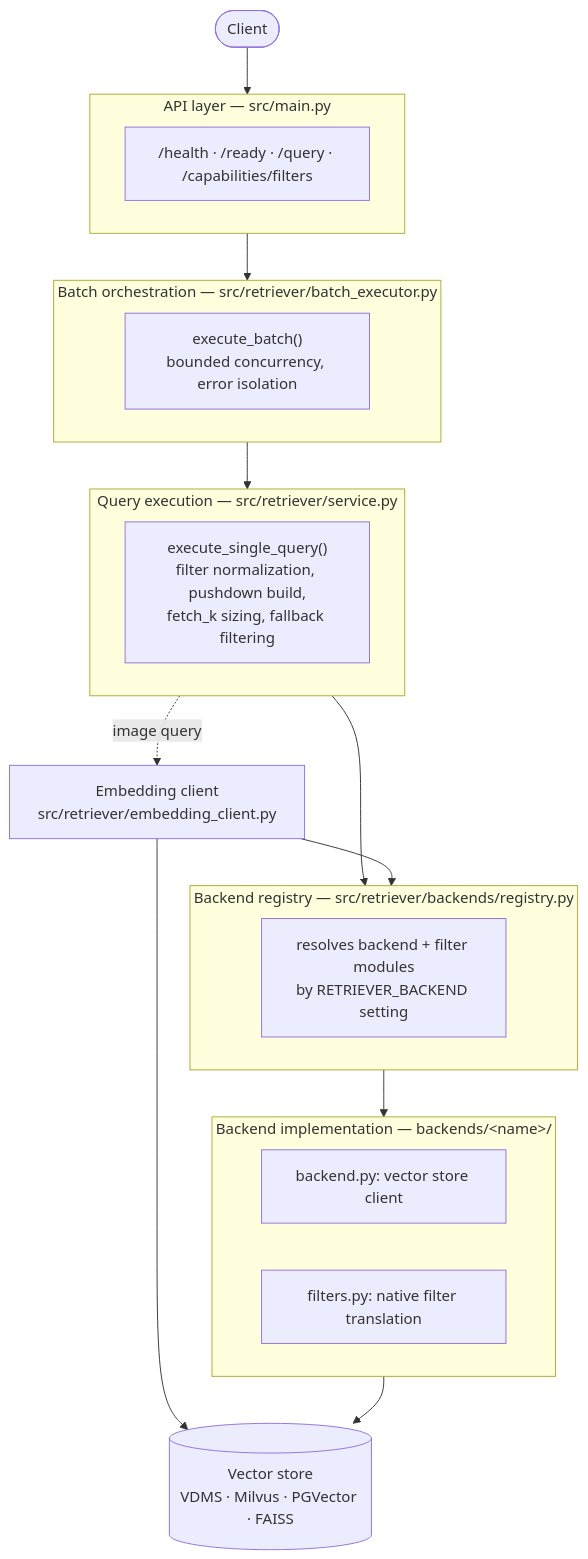
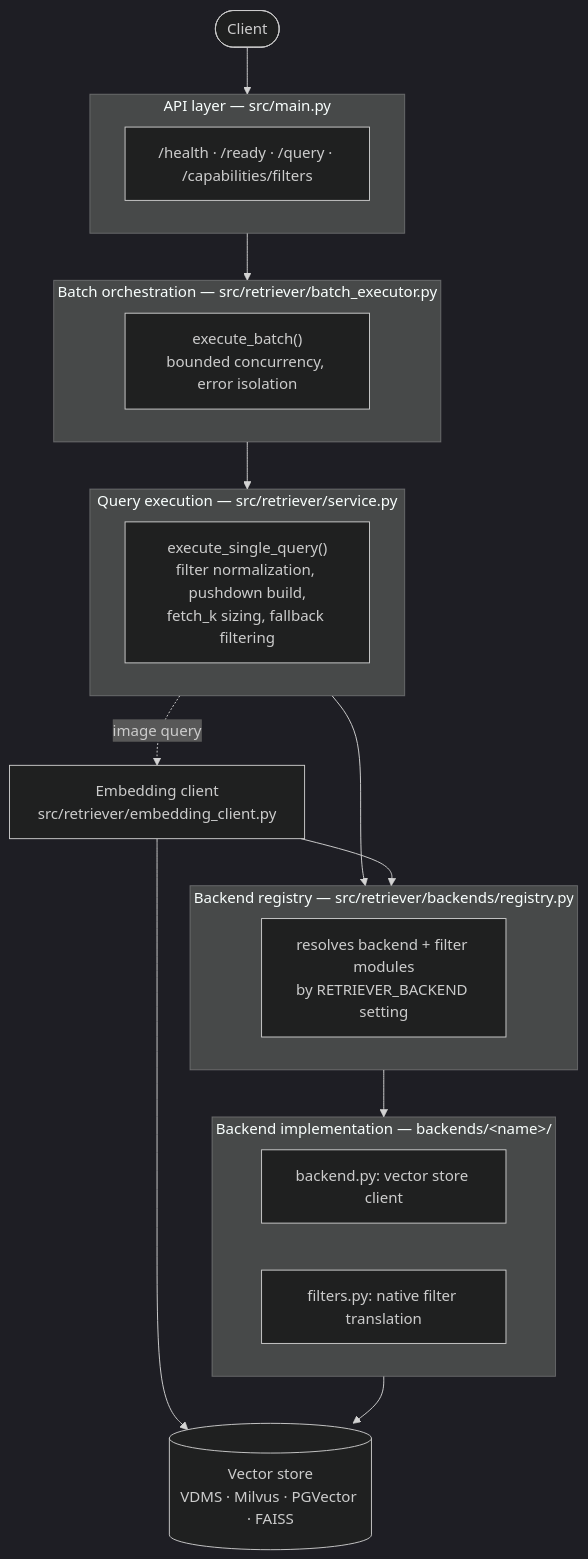
Before and after one commit to open-edge-platform/edge-ai-libraries: the first of 2 diagrams in microservices/vector-retriever/vector-retriever/docs/user-guide/how-it-works.md, drawn with Mermaid. The commit also changed other lines of this file, not shown here.

Commit message:
add dark mode to diagrams

````diff
--- a/microservices/vector-retriever/vector-retriever/docs/user-guide/how-it-works.md
+++ b/microservices/vector-retriever/vector-retriever/docs/user-guide/how-it-works.md
@@ -16,35 +16,39 @@
 ```mermaid
+---
+config:
+    theme: 'dark'
+---
 flowchart TB
     Client(["Client"])
 
     subgraph API["API layer — src/main.py"]
         Endpoints["/health · /ready · /query · /capabilities/filters"]
     end
 
     subgraph Orchestration["Batch orchestration — src/retriever/batch_executor.py"]
         Batch["execute_batch()\nbounded concurrency, error isolation"]
     end
 
     subgraph Execution["Query execution — src/retriever/service.py"]
         Service["execute_single_query()\nfilter normalization, pushdown build,\nfetch_k sizing, fallback filtering"]
     end
 
     subgraph Registry["Backend registry — src/retriever/backends/registry.py"]
         Reg["resolves backend + filter modules\nby RETRIEVER_BACKEND setting"]
     end
 
     subgraph Backend["Backend implementation — backends/&lt;name&gt;/"]
         Impl["backend.py: vector store client"]
         Filt["filters.py: native filter translation"]
     end
 
     Embedding["Embedding client\nsrc/retriever/embedding_client.py"]
     Store[("Vector store\nVDMS · Milvus · PGVector · FAISS")]
 
     Client --> API --> Orchestration --> Execution
     Execution --> Registry --> Backend
     Execution -.image query.-> Embedding
     Embedding --> Store
     Embedding --> Registry
     Backend --> Store
 ```
````
